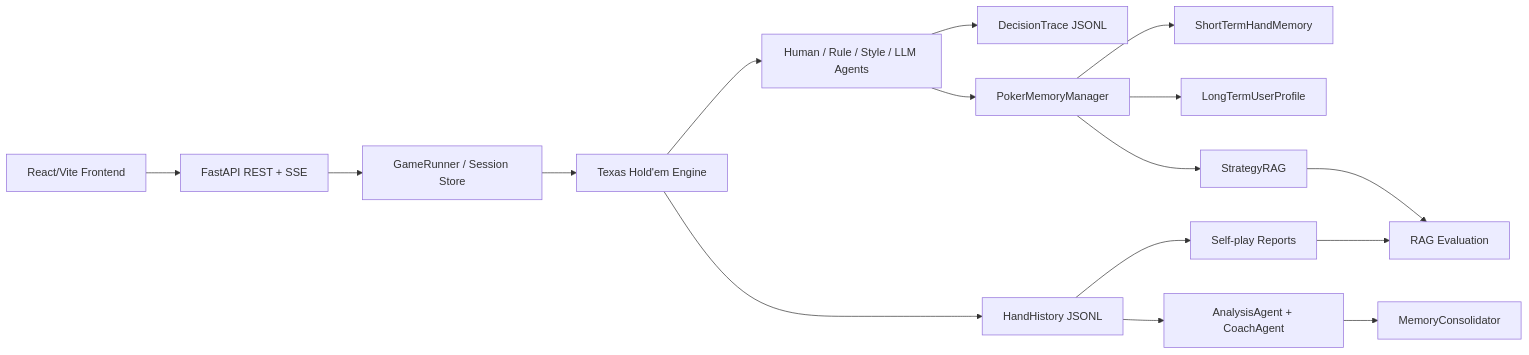
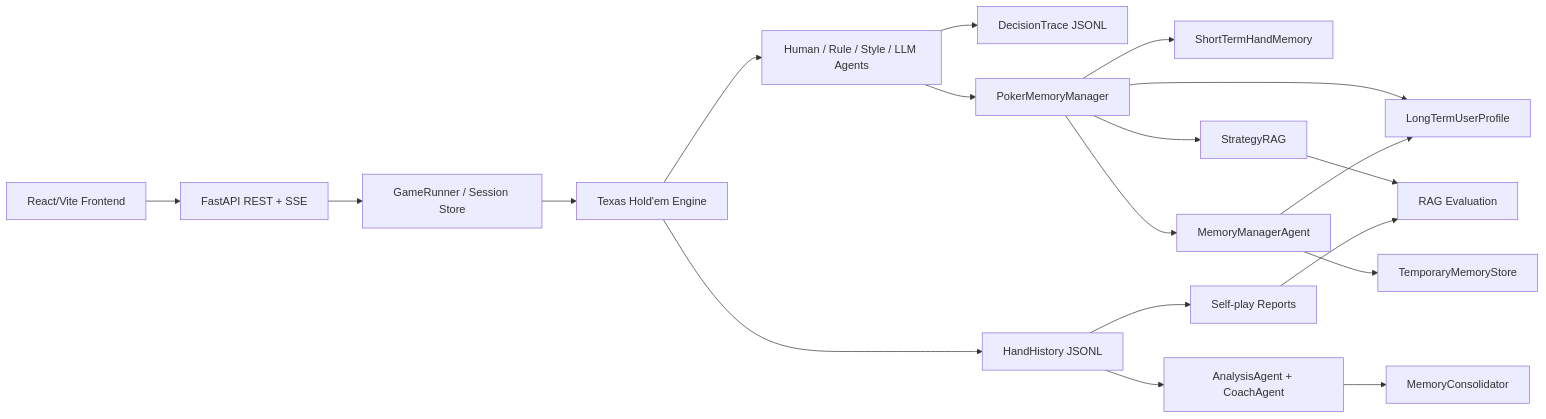
The diagram in README.md (King-zege/PokerAgentLab), drawn with Mermaid before and after one commit. The commit also changed other lines of this file and 1 other file, not shown here.

Commit message:
docs: update readme with memory governance

````diff
--- a/README.md
+++ b/README.md
@@ -34,18 +35,21 @@
 ```mermaid
 flowchart LR
   UI["React/Vite Frontend"] --> API["FastAPI REST + SSE"]
   API --> Runner["GameRunner / Session Store"]
   Runner --> Engine["Texas Hold'em Engine"]
   Engine --> Agents["Human / Rule / Style / LLM Agents"]
   Agents --> Trace["DecisionTrace JSONL"]
   Engine --> History["HandHistory JSONL"]
   Agents --> Memory["PokerMemoryManager"]
   Memory --> ShortTerm["ShortTermHandMemory"]
   Memory --> Profile["LongTermUserProfile"]
   Memory --> Strategy["StrategyRAG"]
+  Memory --> Manager["MemoryManagerAgent"]
+  Manager --> Temp["TemporaryMemoryStore"]
+  Manager --> Profile
   History --> Coach["AnalysisAgent + CoachAgent"]
   Coach --> Consolidator["MemoryConsolidator"]
   History --> Experiments["Self-play Reports"]
   Strategy --> Evaluation["RAG Evaluation"]
   Experiments --> Evaluation
 ```
````
